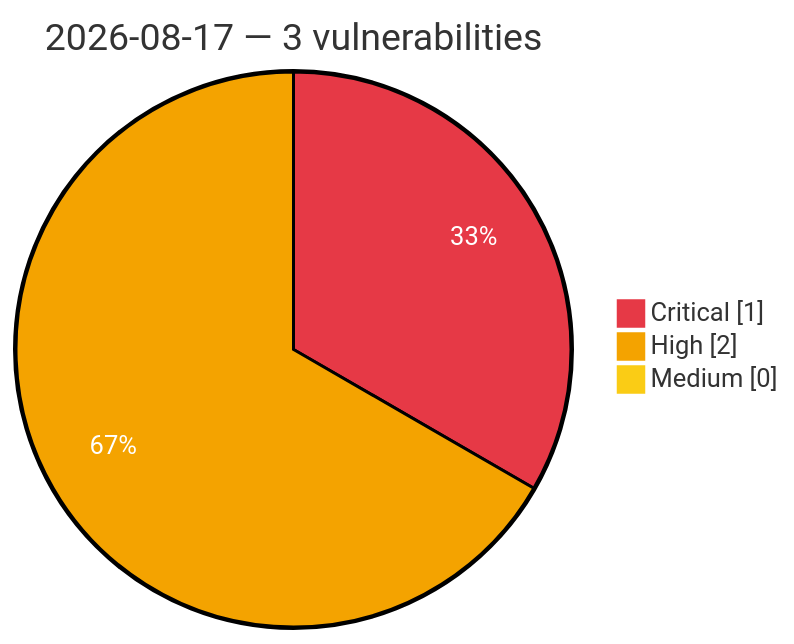
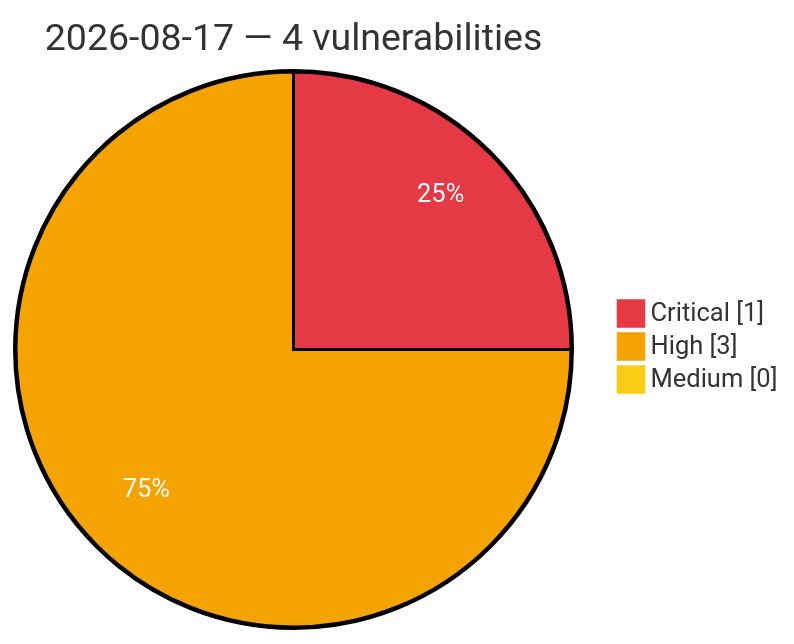
Before and after one commit to GhostX0X/vuln-tracker: the diagram in vulnerabilities/2026/August/2026-08-17.md, drawn with Mermaid. The commit also changed other lines of this file and 5 other files, not shown here.

````diff
--- a/vulnerabilities/2026/August/2026-08-17.md
+++ b/vulnerabilities/2026/August/2026-08-17.md
@@ -3,8 +3,8 @@
 ```mermaid
 %%{init: {'theme':'base', 'themeVariables': {'pie1':'#e63946', 'pie2':'#f4a300', 'pie3':'#facc15', 'pieOpacity':'1', 'pieOuterStrokeWidth':'2px', 'pieSectionTextColor':'#ffffff'}}}%%
 pie showData
-    title 2026-08-17 — 3 vulnerabilities
+    title 2026-08-17 — 4 vulnerabilities
     "Critical" : 1
-    "High" : 2
+    "High" : 3
     "Medium" : 0
 ```
````
